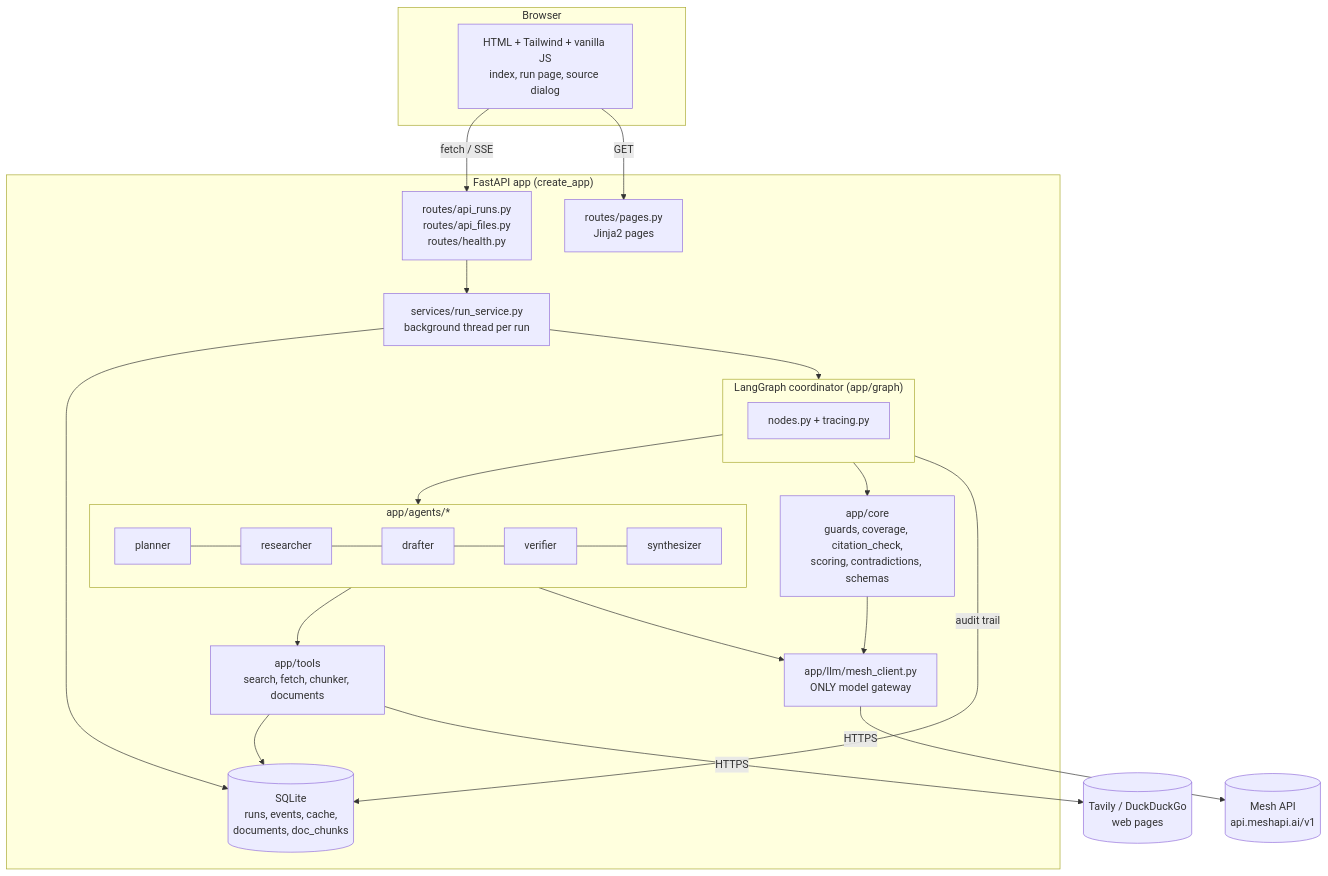
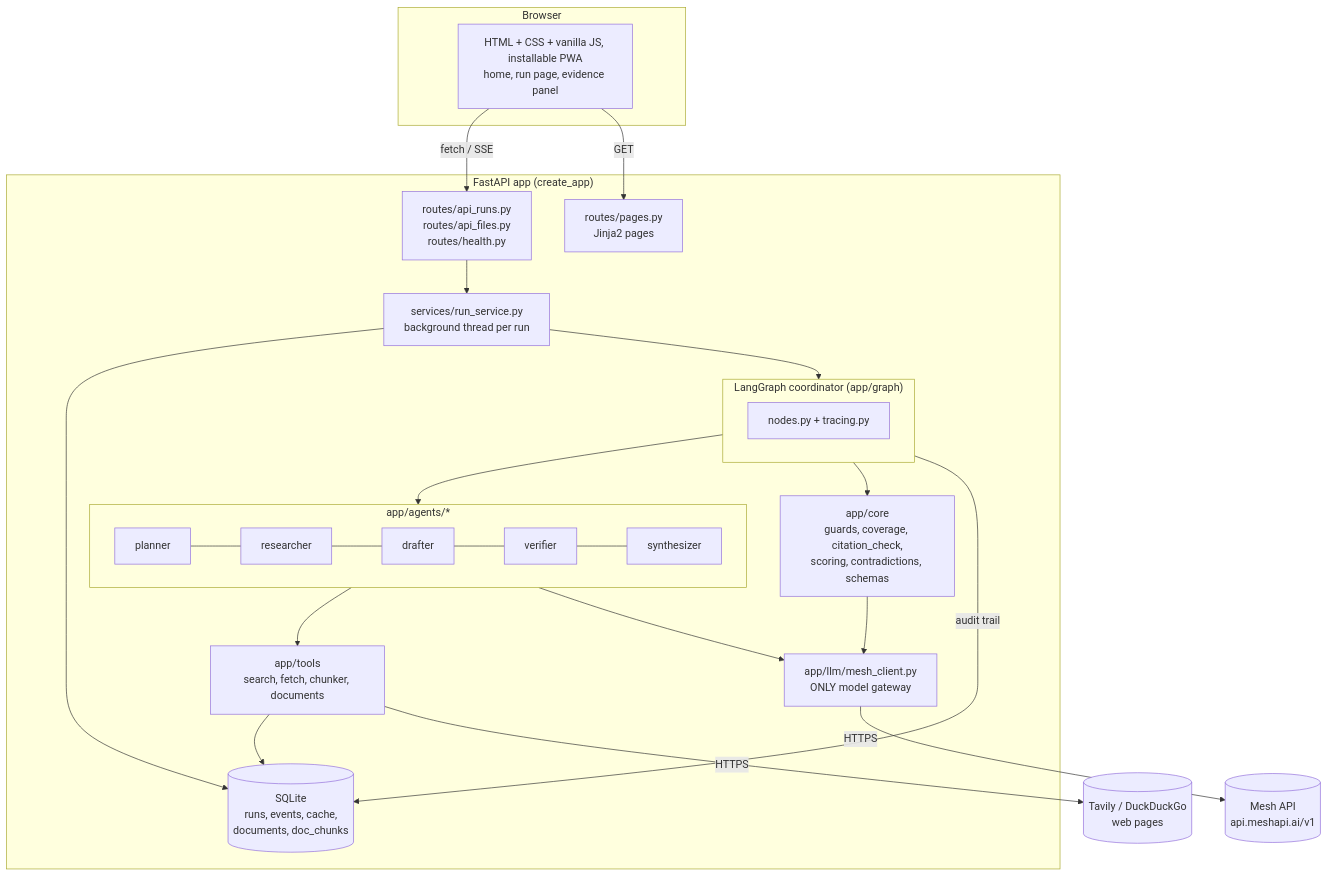
Before and after one commit to Devikrishna545/deepdive: the first of 3 diagrams in docs/ARCHITECTURE.md, drawn with Mermaid. The commit also changed 40 other files, not shown here.

````diff
--- a/docs/ARCHITECTURE.md
+++ b/docs/ARCHITECTURE.md
@@ -9,34 +9,34 @@
 ```mermaid
 flowchart TB
     subgraph Browser
-        UI[HTML + Tailwind + vanilla JS<br/>index, run page, source dialog]
+        UI[HTML + CSS + vanilla JS, installable PWA<br/>home, run page, evidence panel]
     end
     subgraph FastAPI["FastAPI app (create_app)"]
         PG[routes/pages.py<br/>Jinja2 pages]
         API[routes/api_runs.py<br/>routes/api_files.py<br/>routes/health.py]
         SVC[services/run_service.py<br/>background thread per run]
         subgraph Graph["LangGraph coordinator (app/graph)"]
             N[nodes.py + tracing.py]
         end
         subgraph Agents["app/agents/*"]
             A1[planner] --- A2[researcher] --- A3[drafter] --- A4[verifier] --- A5[synthesizer]
         end
         CORE[app/core<br/>guards, coverage, citation_check,<br/>scoring, contradictions, schemas]
         TOOLS[app/tools<br/>search, fetch, chunker, documents]
         MESH[app/llm/mesh_client.py<br/>ONLY model gateway]
         DB[(SQLite<br/>runs, events, cache,<br/>documents, doc_chunks)]
     end
     UI -- fetch / SSE --> API
     UI -- GET --> PG
     API --> SVC --> Graph
     Graph --> Agents
     Graph --> CORE
     Agents --> TOOLS
     Agents --> MESH
     CORE --> MESH
     TOOLS --> DB
     Graph -- audit trail --> DB
     SVC --> DB
     MESH -->|HTTPS| MeshAPI[(Mesh API<br/>api.meshapi.ai/v1)]
     TOOLS -->|HTTPS| Web[(Tavily / DuckDuckGo<br/>web pages)]
 ```
````
